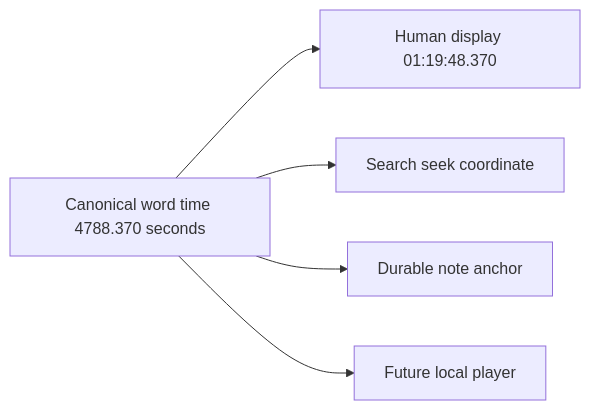
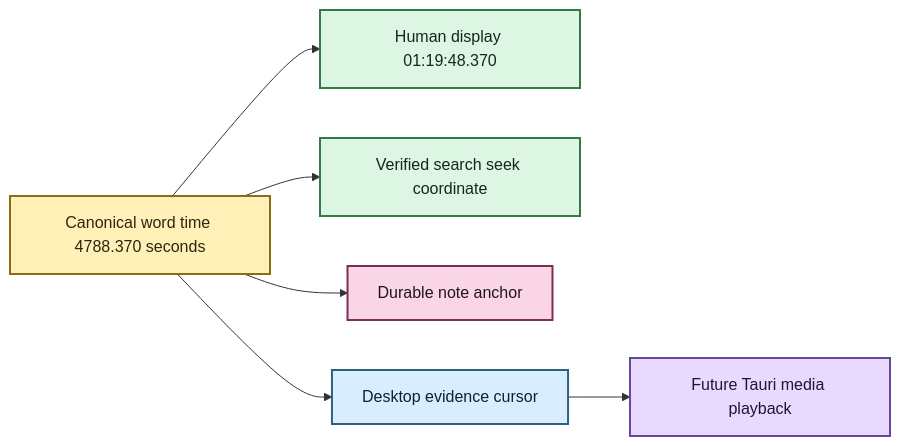
The first of 2 diagrams in docs/time-navigation.md (SSD1805/EchoFlow), drawn with Mermaid before and after one commit. The commit also changed other lines of this file, not shown here.

Commit message:
docs: refresh timeline guide for evidence cursor

````diff
--- a/docs/time-navigation.md
+++ b/docs/time-navigation.md
@@ -45,7 +28,20 @@
 ```mermaid
 flowchart LR
     A[Canonical word time 4788.370 seconds] --> B[Human display 01:19:48.370]
-    A --> C[Search seek coordinate]
+    A --> C[Verified search seek coordinate]
     A --> D[Durable note anchor]
-    A --> E[Future local player]
+    A --> E[Desktop evidence cursor]
+    E --> F[Future Tauri media playback]
+
+    classDef evidence fill:#FFF0B8,stroke:#8A6B18,stroke-width:2px,color:#2C260F
+    classDef view fill:#DDF5E3,stroke:#347A46,stroke-width:2px,color:#142719
+    classDef source fill:#F9D5E5,stroke:#7B2E52,stroke-width:2px,color:#22151B
+    classDef inspect fill:#D8EEFF,stroke:#2E617B,stroke-width:2px,color:#12222A
+    classDef process fill:#E8D9FF,stroke:#68469B,stroke-width:2px,color:#1F1630
+
+    class A evidence
+    class B,C view
+    class D source
+    class E inspect
+    class F process
 ```
````
